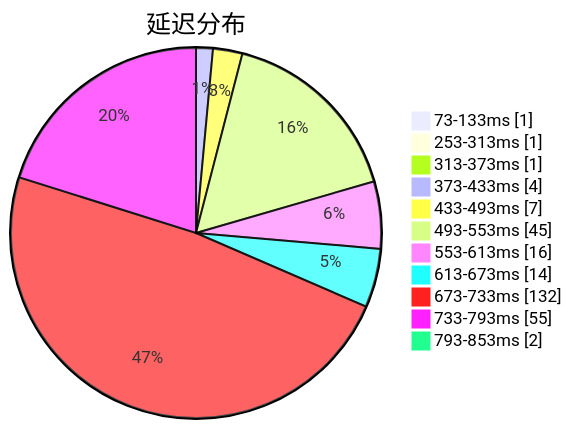
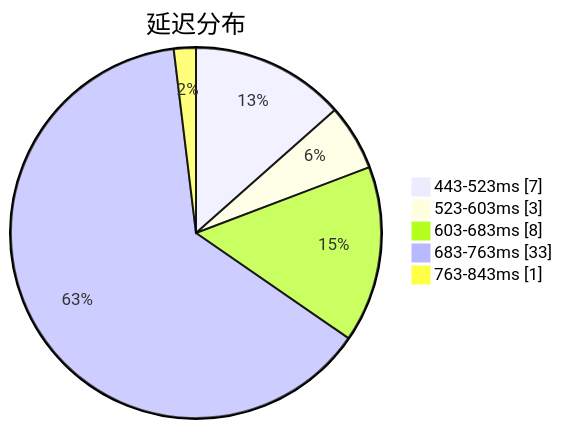
Before and after one commit to sinspired/airport: the first of 3 diagrams in subs/statistics/tested_within.md, drawn with Mermaid. The commit also changed other lines of this file and 2 other files, not shown here.

````diff
--- a/subs/statistics/tested_within.md
+++ b/subs/statistics/tested_within.md
@@ -2,15 +2,9 @@
 ```mermaid
 pie showData
 title 延迟分布
-"73-133ms" : 1
-"253-313ms" : 1
-"313-373ms" : 1
-"373-433ms" : 4
-"433-493ms" : 7
-"493-553ms" : 45
-"553-613ms" : 16
-"613-673ms" : 14
-"673-733ms" : 132
-"733-793ms" : 55
-"793-853ms" : 2
+"443-523ms" : 7
+"523-603ms" : 3
+"603-683ms" : 8
+"683-763ms" : 33
+"763-843ms" : 1
 ```
````
